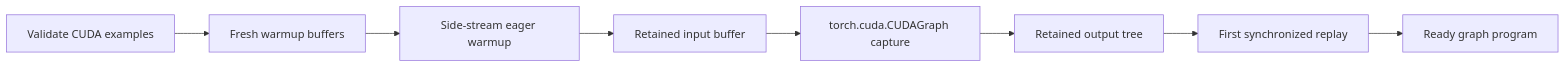
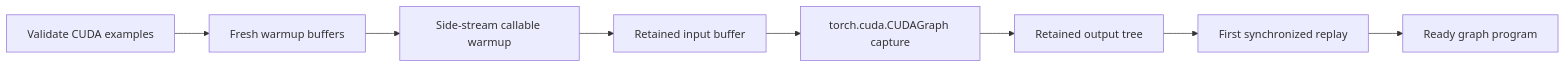
One commit to visualDust/fhelium changed the fifth of 6 diagrams in docs/developer/execution-buffers-and-cuda-graphs.md. Above: the diagram before and after it, drawn with Mermaid. The commit also changed other lines of this file and 426 other files, not shown here.

````diff
--- a/docs/developer/execution-buffers-and-cuda-graphs.md
+++ b/docs/developer/execution-buffers-and-cuda-graphs.md
@@ -145,13 +109,13 @@
 ```mermaid
 flowchart LR
     EX[Validate CUDA examples]
     WBUF[Fresh warmup buffers]
-    WARM[Side-stream eager warmup]
+    WARM[Side-stream callable warmup]
     CBUF[Retained input buffer]
     CAP[torch.cuda.CUDAGraph capture]
     OUT[Retained output tree]
     REPLAY[First synchronized replay]
     READY[Ready graph program]
 
     EX --> WBUF --> WARM --> CBUF --> CAP --> OUT --> REPLAY --> READY
 ```
````
